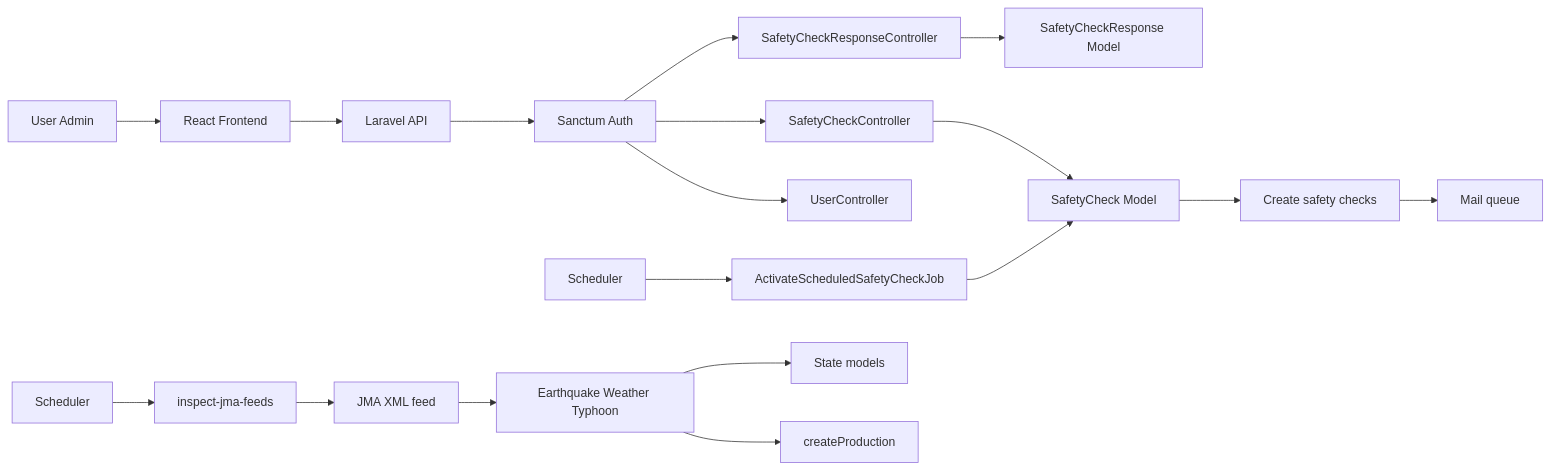
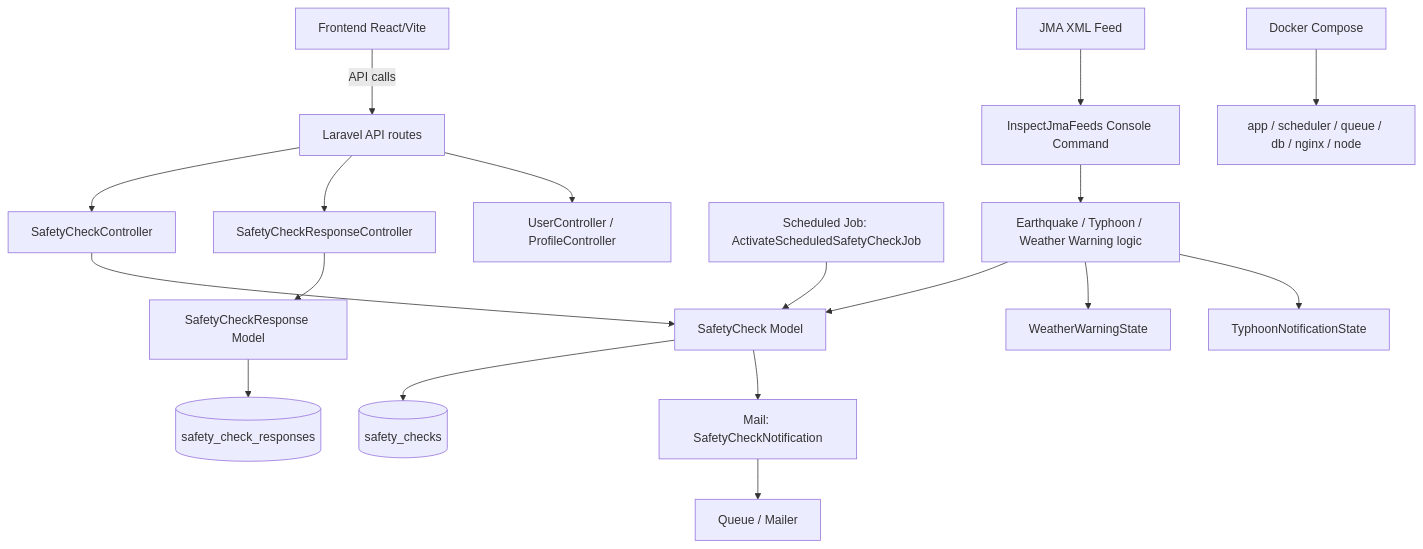
The first of 2 diagrams in README.md (alcion-demo/API_safetycheck), drawn with Mermaid before and after one commit. The commit also changed other lines of this file, not shown here.

````diff
--- a/README.md
+++ b/README.md
@@ -273,23 +273,24 @@
 ```mermaid
-flowchart LR
-    A[User Admin] --> B[React Frontend]
-    B --> C[Laravel API]
-    C --> D[Sanctum Auth]
-    D --> E[UserController]
-    D --> F[SafetyCheckController]
-    D --> G[SafetyCheckResponseController]
+graph TD
+    A[Frontend React/Vite] -->|API calls| B[Laravel API routes]
+    B --> C[SafetyCheckController]
+    B --> D[SafetyCheckResponseController]
+    B --> E[UserController / ProfileController]
 
-    F --> H[SafetyCheck Model]
-    G --> I[SafetyCheckResponse Model]
-    H --> J[Create safety checks]
-    J --> K[Mail queue]
+    C --> F[SafetyCheck Model]
+    D --> G[SafetyCheckResponse Model]
+    F --> H[(safety_checks)]
+    G --> I[(safety_check_responses)]
 
-    L[Scheduler] --> M[ActivateScheduledSafetyCheckJob]
-    M --> H
+    J[Scheduled Job: ActivateScheduledSafetyCheckJob] --> F
+    F --> K[Mail: SafetyCheckNotification]
+    K --> L[Queue / Mailer]
 
-    N[Scheduler] --> O[inspect-jma-feeds]
-    O --> P[JMA XML feed]
-    P --> Q[Earthquake Weather Typhoon]
-    Q --> R[createProduction]
-    Q --> S[State models]
+    M[JMA XML Feed] --> N[InspectJmaFeeds Console Command]
+    N --> O[Earthquake / Typhoon / Weather Warning logic]
+    O --> F
+    O --> P[WeatherWarningState]
+    O --> Q[TyphoonNotificationState]
+
+    R[Docker Compose] --> S[app / scheduler / queue / db / nginx / node]
 ```
````
